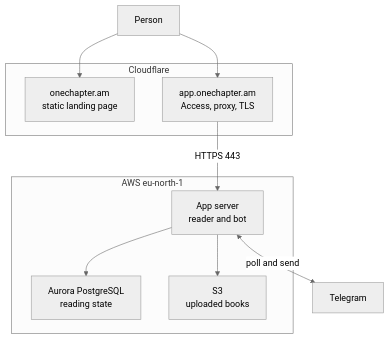
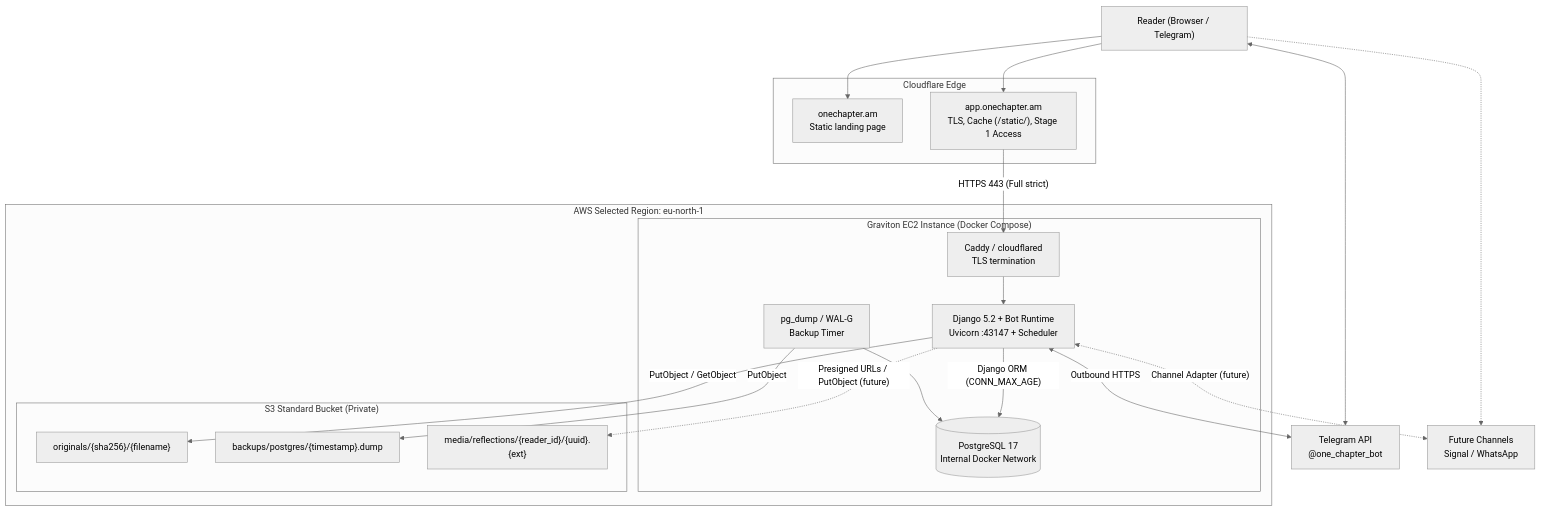
The first of 5 diagrams in docs/architecture/README.md (kajarenc5/book-drip), drawn with Mermaid (neutral theme) before and after one commit. The commit also changed other lines of this file and 13 other files, not shown here.

Commit message:
Revise architecture and ADRs for Postgres in Docker, Django ORM, unified identity, and reflections

````diff
--- a/docs/architecture/README.md
+++ b/docs/architecture/README.md
@@ -11,23 +13,41 @@
 ```mermaid
 flowchart TB
-  person[Person]
-  telegram[Telegram]
+  person["Reader (Browser / Telegram)"]
+  telegram["Telegram API<br/>@one_chapter_bot"]
+  future_channels["Future Channels<br/>Signal / WhatsApp"]
 
-  subgraph edge [Cloudflare]
-    site["onechapter.am<br/>static landing page"]
-    access["app.onechapter.am<br/>Access, proxy, TLS"]
+  subgraph edge ["Cloudflare Edge"]
+    site["onechapter.am<br/>Static landing page"]
+    access["app.onechapter.am<br/>TLS, Cache (/static/), Stage 1 Access"]
   end
 
-  subgraph aws [AWS eu-north-1]
-    app[App server<br/>reader and bot]
-    db[Aurora PostgreSQL<br/>reading state]
-    originals[S3<br/>uploaded books]
+  subgraph aws ["AWS Selected Region: eu-north-1"]
+    subgraph ec2 ["Graviton EC2 Instance (Docker Compose)"]
+      proxy["Caddy / cloudflared<br/>TLS termination"]
+      app["Django 5.2 + Bot Runtime<br/>Uvicorn :43147 + Scheduler"]
+      db[("PostgreSQL 17<br/>Internal Docker Network")]
+      backup["pg_dump / WAL-G<br/>Backup Timer"]
+    end
+
+    subgraph s3 ["S3 Standard Bucket (Private)"]
+      originals["originals/{sha256}/{filename}"]
+      db_backups["backups/postgres/{timestamp}.dump"]
+      media["media/reflections/{reader_id}/{uuid}.{ext}"]
+    end
   end
 
   person --> site
   person --> access
-  access -->|HTTPS 443| app
-  app --> db
-  app --> originals
-  app <-->|poll and send| telegram
+  person <--> telegram
+  person -.-> future_channels
+
+  access -->|"HTTPS 443 (Full strict)"| proxy
+  proxy --> app
+  app -->|"Django ORM (CONN_MAX_AGE)"| db
+  backup --> db
+  backup -->|"PutObject"| db_backups
+  app -->|"PutObject / GetObject"| originals
+  app -.->|"Presigned URLs / PutObject (future)"| media
+  app <-->|"Outbound HTTPS"| telegram
+  app <-.->|"Channel Adapter (future)"| future_channels
 ```
````
